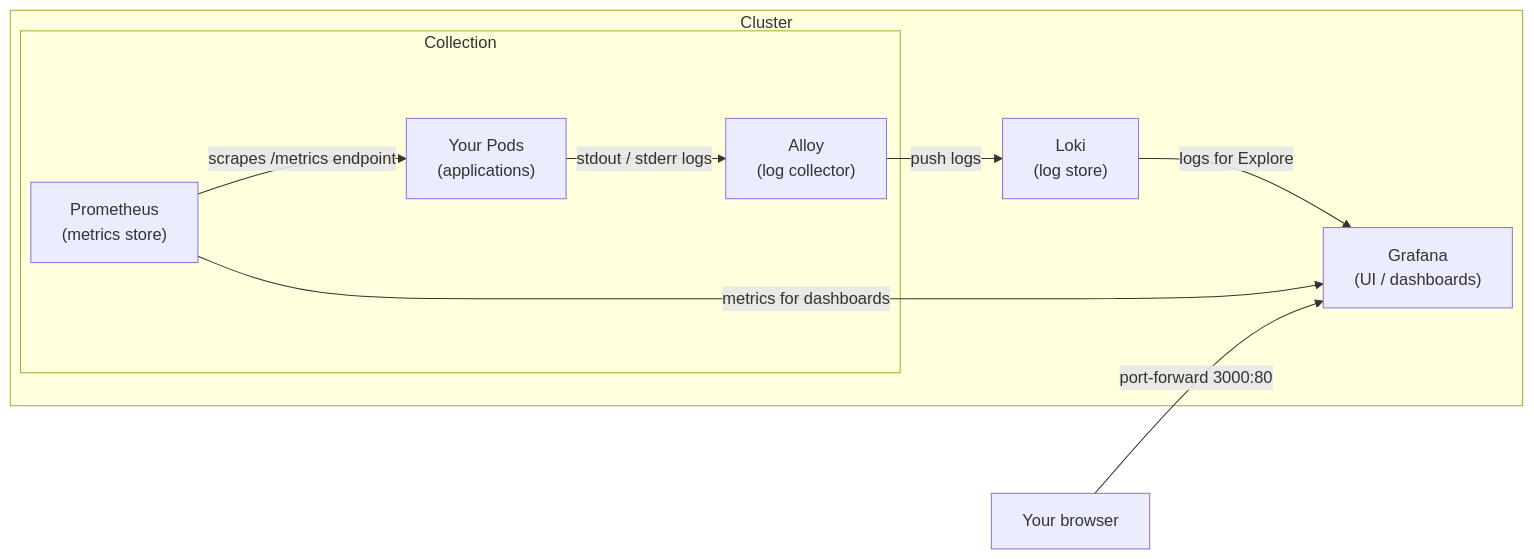
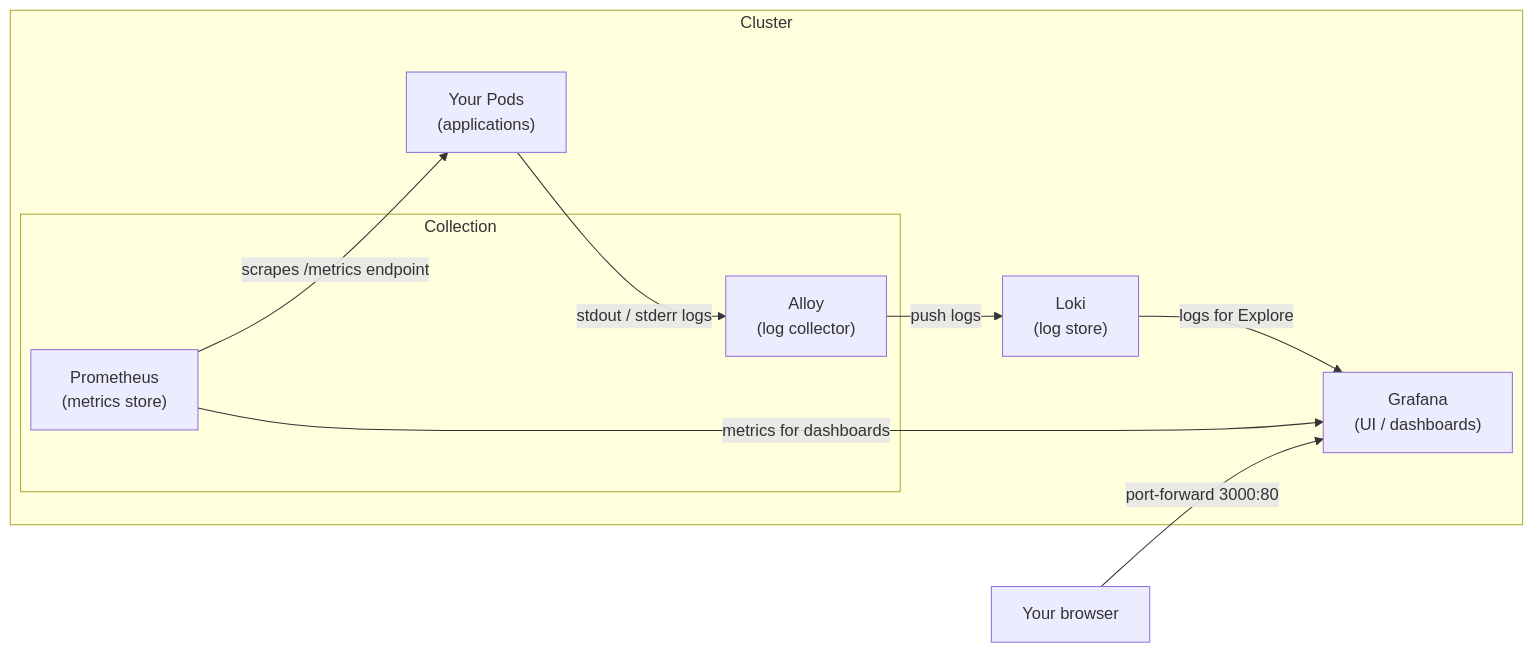
One commit to mykola-lp/fs-kubernetes changed the diagram in README.md. Above: the diagram before and after it, drawn with Mermaid.

Commit message:
update monitoring architecture diagram

````diff
--- a/README.md
+++ b/README.md
@@ -112,22 +112,23 @@
 ```mermaid
-%%{init: {"flowchart": {"nodeSpacing": 150, "rankSpacing": 20}}}%%
+%%{init: {"flowchart": {"nodeSpacing": 100, "rankSpacing": 20}}}%%
 flowchart LR
     subgraph cluster["Cluster"]
         subgraph collection["Collection"]
-            pods["Your Pods<br/>(applications)"]
             prom["Prometheus<br/>(metrics store)"]
             alloy["Alloy<br/>(log collector)"]
         end
+
+        pods["Your Pods<br/>(applications)"]
 
         loki["Loki<br/>(log store)"]
         grafana["Grafana<br/>(UI / dashboards)"]
 
         prom -- "scrapes /metrics endpoint" --> pods
         pods -- "stdout / stderr logs" --> alloy
         alloy -- "push logs" --> loki
         loki -- "logs for Explore" --> grafana
         prom -- "metrics for dashboards" --> grafana
     end
 
     browser["Your browser"] -- "port-forward 3000:80" --> grafana
 ```
````
